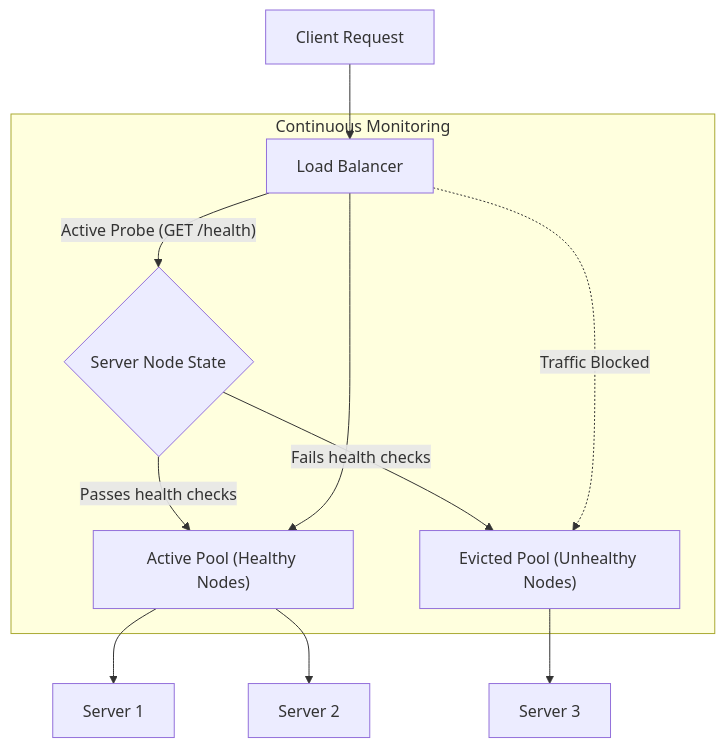
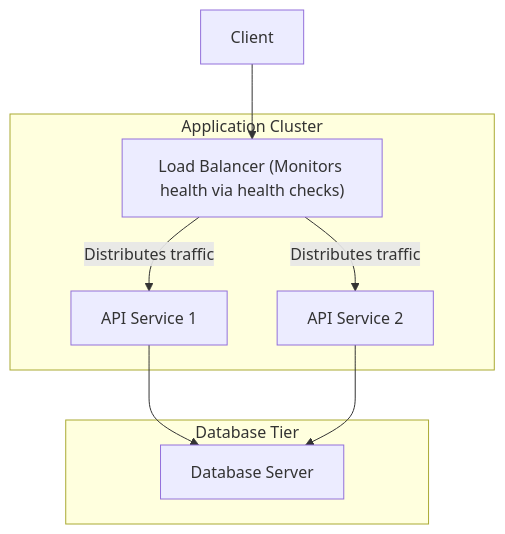
One commit to kmashour/BrainDump changed the fourth of 7 diagrams in Reference Notes/17_system_design_fundamentals.md. Above: the diagram before and after it, drawn with Mermaid. The commit also changed other lines of this file and 6 other files, not shown here.

````diff
--- a/Reference Notes/17_system_design_fundamentals.md
+++ b/Reference Notes/17_system_design_fundamentals.md
@@ -98,17 +103,14 @@
 ```mermaid
-flowchart TD
-    Client["Client Request"] --> LB["Load Balancer"]
+graph TD
+    Client["Client"] --> LB["Load Balancer (Monitors health via health checks)"]
     
-    subgraph StatusCheck["Continuous Monitoring"]
-        LB -- "Active Probe (GET /health)" --> ServerNodes{"Server Node State"}
-        ServerNodes -- "Passes health checks" --> Active["Active Pool (Healthy Nodes)"]
-        ServerNodes -- "Fails health checks" --> Evicted["Evicted Pool (Unhealthy Nodes)"]
+    subgraph backend_pool["Application Cluster"]
+        LB -->|"Distributes traffic"| API1["API Service 1"]
+        LB -->|"Distributes traffic"| API2["API Service 2"]
     end
-
-    LB --> Active
-    Active --> Srv1["Server 1"]
-    Active --> Srv2["Server 2"]
     
-    LB -. "Traffic Blocked" .-> Evicted
-    Evicted --> Srv3["Server 3"]
+    subgraph database_pool["Database Tier"]
+        API1 --> DB["Database Server"]
+        API2 --> DB
+    end
 ```
````
